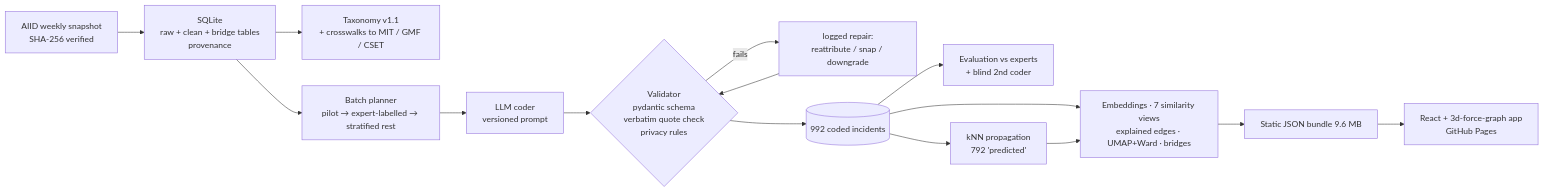
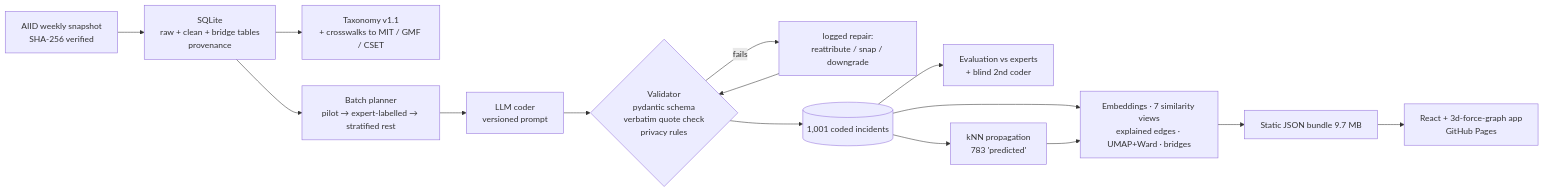
One commit to JonathanDoanePhD/ai-incident-atlas changed the diagram in README.md. Above: the diagram before and after it, drawn with Mermaid. The commit also changed other lines of this file and 60 other files, not shown here.

Commit message:
Final run: 1,001 coded incidents, evaluation n=30 second coder, README/case study with final numbers, risk-domain overview default, screenshots, MORNING_REPORT

````diff
--- a/README.md
+++ b/README.md
@@ -31,16 +31,16 @@
 ```mermaid
 flowchart LR
   A[AIID weekly snapshot<br/>SHA-256 verified] --> B[SQLite<br/>raw + clean + bridge tables<br/>provenance]
   B --> C[Taxonomy v1.1<br/>+ crosswalks to MIT / GMF / CSET]
   B --> D[Batch planner<br/>pilot → expert-labelled → stratified rest]
   D --> E[LLM coder<br/>versioned prompt]
   E --> F{Validator<br/>pydantic schema<br/>verbatim quote check<br/>privacy rules}
   F -- fails --> G[logged repair:<br/>reattribute / snap / downgrade]
   G --> F
-  F --> H[(992 coded incidents)]
+  F --> H[(1,001 coded incidents)]
   H --> I[Evaluation vs experts<br/>+ blind 2nd coder]
-  H --> J[kNN propagation<br/>792 'predicted']
+  H --> J[kNN propagation<br/>783 'predicted']
   H & J --> K[Embeddings · 7 similarity views<br/>explained edges · UMAP+Ward · bridges]
-  K --> L[Static JSON bundle 9.6 MB]
+  K --> L[Static JSON bundle 9.7 MB]
   L --> M[React + 3d-force-graph app<br/>GitHub Pages]
 ```
````
